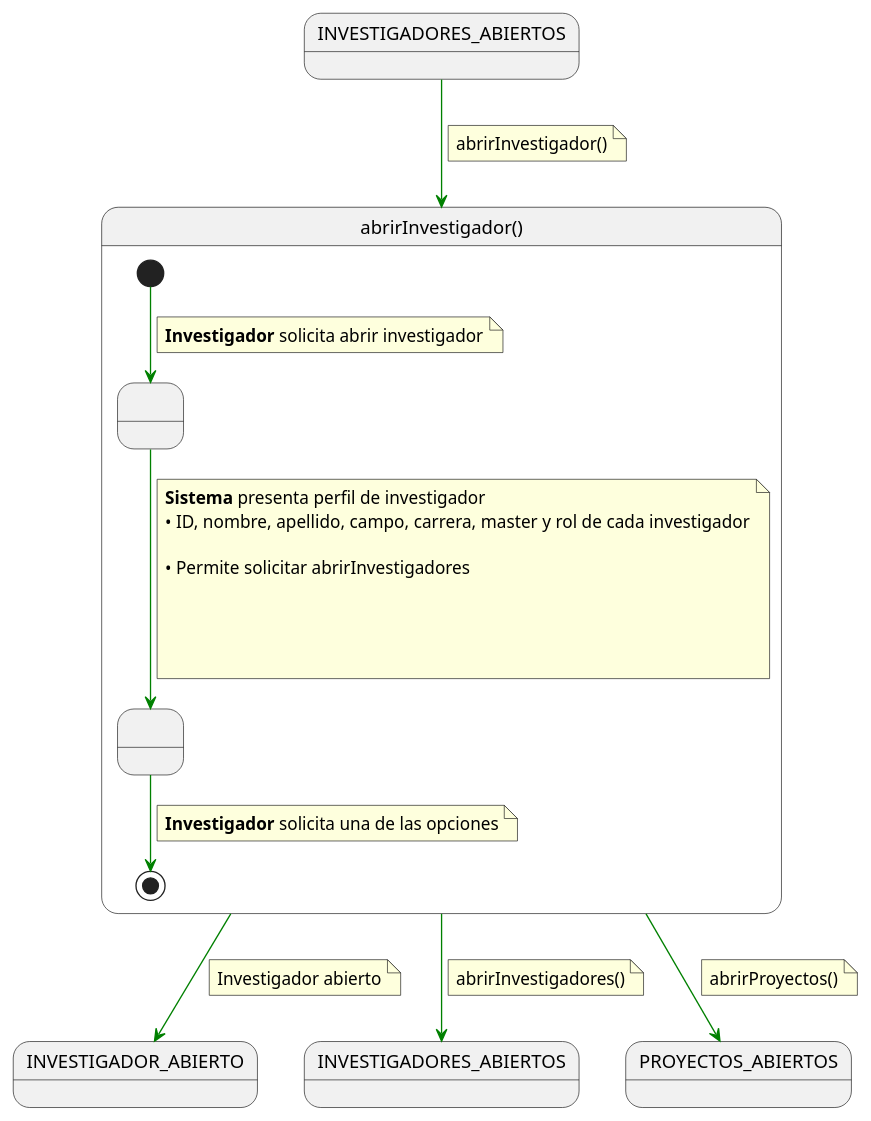
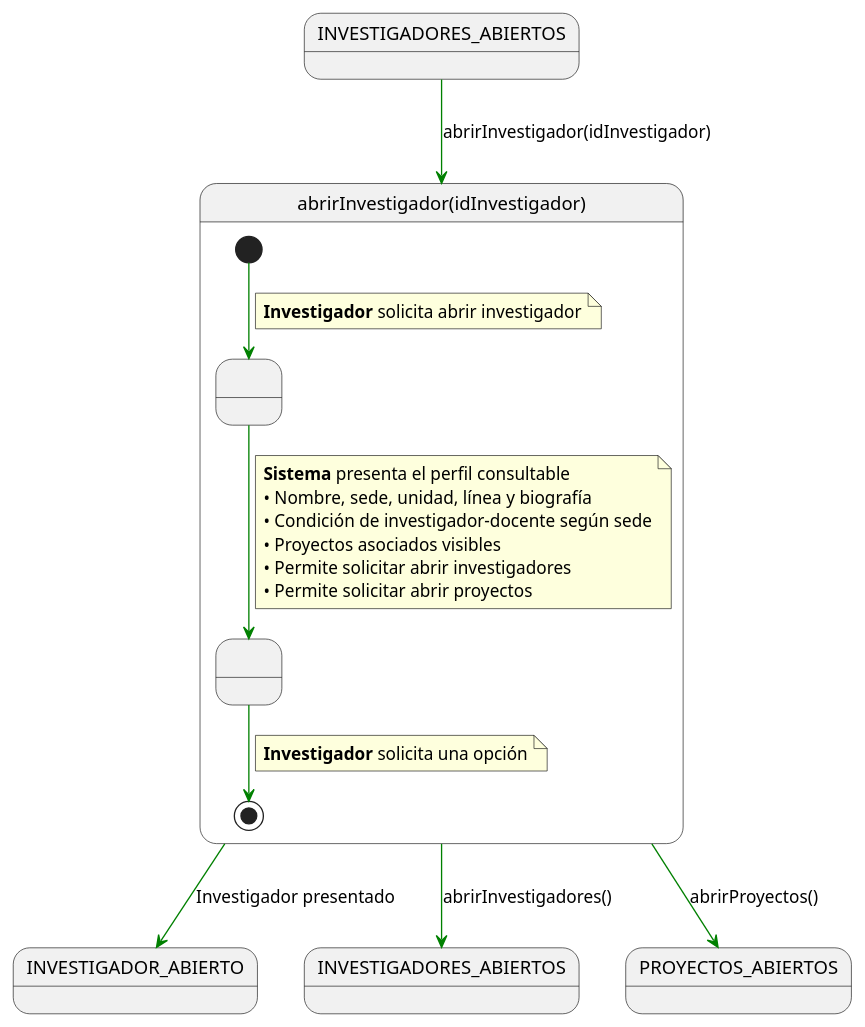
One commit to beatriizorozco/25-26-idsw2-sdVC changed the diagram in RUP/00-casos-uso/02-detalle/investigador/abrirInvestigador/especificacion.puml. Above: the diagram before and after it, drawn with PlantUML. The commit also changed 41 other files, not shown here.

```diff
--- a/RUP/00-casos-uso/02-detalle/investigador/abrirInvestigador/especificacion.puml
+++ b/RUP/00-casos-uso/02-detalle/investigador/abrirInvestigador/especificacion.puml
@@ -1,60 +1,35 @@
 @startuml abrirInvestigador
-
 skinparam linetype polyline
 
+state "INVESTIGADORES_ABIERTOS" as Investigadores
+Investigadores -[#green]-> abrirInvestigador: abrirInvestigador(idInvestigador)
 
+state abrirInvestigador as "abrirInvestigador(idInvestigador)" {
+    state " " as ConsultandoInvestigador
+    state " " as PresentandoInvestigador
 
-state in2 as "INVESTIGADORES_ABIERTOS"
-in2 -[#green]-> abrirInvestigador
-note on link
-abrirInvestigador()
-end note
-
-
-state abrirInvestigador as "abrirInvestigador()" {
-
-    state " " as MostrandoLista
-    state " " as FiltrandoLista
-
-    [*] -[#green]-> MostrandoLista 
+    [*] -[#green]-> ConsultandoInvestigador
     note on link
     <b>Investigador</b> solicita abrir investigador
-    end note    
-    
-    MostrandoLista -[#green]-> FiltrandoLista
+    end note
+
+    ConsultandoInvestigador -[#green]-> PresentandoInvestigador
     note on link
-    <b>Sistema</b> presenta perfil de investigador
-    • ID, nombre, apellido, campo, carrera, master y rol de cada investigador
-    
-    • Permite solicitar abrirInvestigadores
+    <b>Sistema</b> presenta el perfil consultable
+    • Nombre, sede, unidad, línea y biografía
+    • Condición de investigador-docente según sede
+    • Proyectos asociados visibles
+    • Permite solicitar abrir investigadores
+    • Permite solicitar abrir proyectos
+    end note
 
-  
-    
-
-    end note
-    FiltrandoLista -[#green]-> [*]
+    PresentandoInvestigador -[#green]-> [*]
     note on link
-    <b>Investigador</b> solicita una de las opciones
+    <b>Investigador</b> solicita una opción
     end note
 }
 
-
-
-abrirInvestigador -[#green]-> INVESTIGADOR_ABIERTO
-note on link
-Investigador abierto
-end note
-
-abrirInvestigador -[#green]-> INVESTIGADORES_ABIERTOS
-note on link
-abrirInvestigadores()
-end note
-
-abrirInvestigador -[#green]-> PROYECTOS_ABIERTOS
-note on link
-abrirProyectos()
-end note
-
-
-
+abrirInvestigador -[#green]-> INVESTIGADOR_ABIERTO: Investigador presentado
+abrirInvestigador -[#green]-> INVESTIGADORES_ABIERTOS: abrirInvestigadores()
+abrirInvestigador -[#green]-> PROYECTOS_ABIERTOS: abrirProyectos()
 @enduml
```
